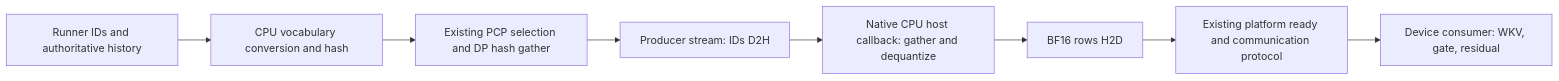
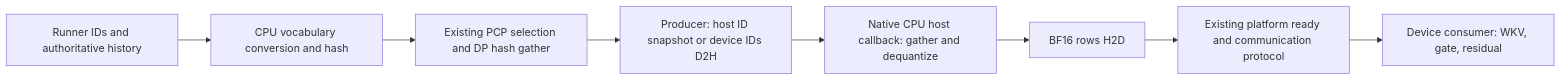
The diagram in docs/contributing/model/engram_cpu_serving.md (Wuming-HUST/vllm), drawn with Mermaid before and after one commit. The commit also changed other lines of this file and 4 other files, not shown here.

First line of the commit message:
fix: support host Engram IDs in CPU lookup staging

````diff
--- a/docs/contributing/model/engram_cpu_serving.md
+++ b/docs/contributing/model/engram_cpu_serving.md
@@ -44,10 +44,10 @@
 ```mermaid
 flowchart LR
     A[Runner IDs and authoritative history] --> B[CPU vocabulary conversion and hash]
     B --> C[Existing PCP selection and DP hash gather]
-    C --> D[Producer stream: IDs D2H]
+    C --> D[Producer: host ID snapshot or device IDs D2H]
     D --> E[Native CPU host callback: gather and dequantize]
     E --> F[BF16 rows H2D]
     F --> G[Existing platform ready and communication protocol]
     G --> I[Device consumer: WKV, gate, residual]
 ```
````
